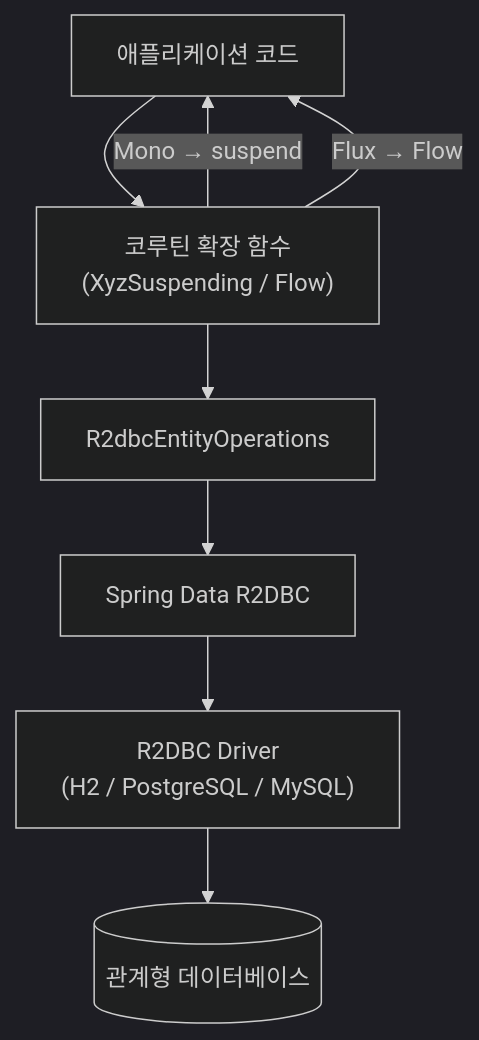
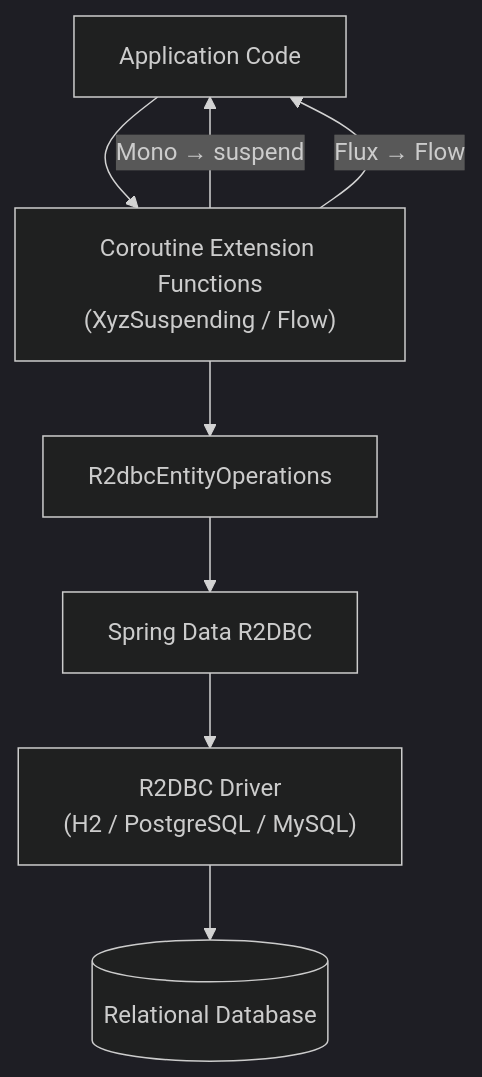
The second of 4 diagrams in spring-boot3/r2dbc/README.md (bluetape4k/bluetape4k-projects), drawn with Mermaid (dark theme) before and after one commit. The commit also changed other lines of this file and 265 other files, not shown here.

````diff
--- a/spring-boot3/r2dbc/README.md
+++ b/spring-boot3/r2dbc/README.md
@@ -356,10 +358,10 @@
 ```mermaid
 flowchart TD
-    App["애플리케이션 코드"] --> Ext["코루틴 확장 함수<br/>(XyzSuspending / Flow)"]
+    App["Application Code"] --> Ext["Coroutine Extension Functions<br/>(XyzSuspending / Flow)"]
     Ext --> ROps["R2dbcEntityOperations"]
     ROps --> R2DBC["Spring Data R2DBC"]
     R2DBC --> Driver["R2DBC Driver<br/>(H2 / PostgreSQL / MySQL)"]
-    Driver --> DB[("관계형 데이터베이스")]
+    Driver --> DB[("Relational Database")]
     Ext -- "Mono → suspend" --> App
     Ext -- "Flux → Flow" --> App
 ```
````
